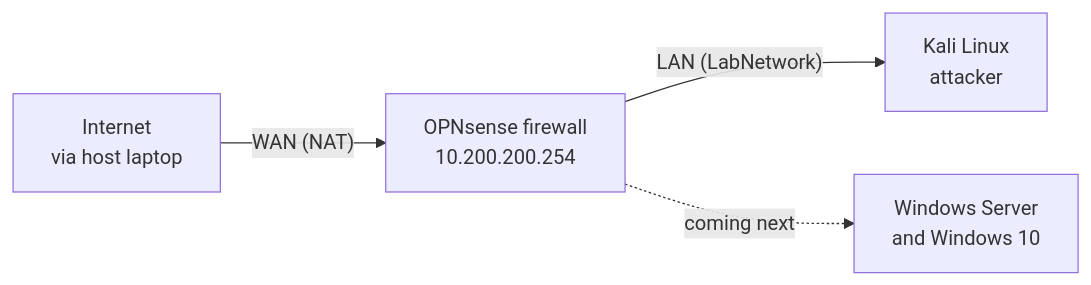
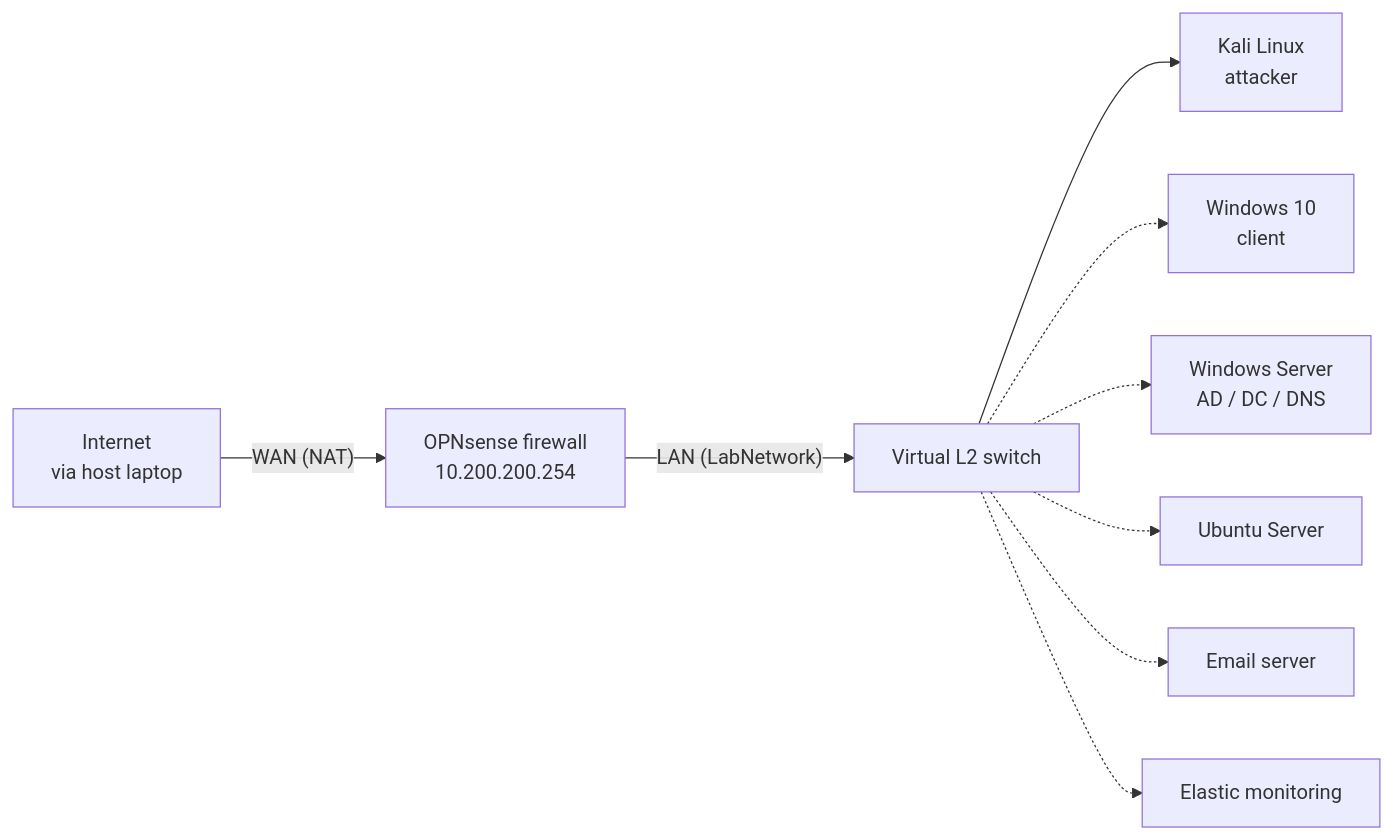
Before and after one commit to Mphathix/DevSecOps-homelab: the diagram in logs/homelab-journal.md, drawn with Mermaid.

Commit message:
Enhance network diagram with virtual switch and devices
Updated the network diagram to include a virtual L2 switch and additional devices.

````diff
--- a/logs/homelab-journal.md
+++ b/logs/homelab-journal.md
@@ -14,6 +14,11 @@
 ```mermaid
 graph LR
     I["Internet<br>via host laptop"] -->|"WAN (NAT)"| F["OPNsense firewall<br>10.200.200.254"]
-    F -->|"LAN (LabNetwork)"| K["Kali Linux<br>attacker"]
-    F -.->|"coming next"| W["Windows Server<br>and Windows 10"]
+    F -->|"LAN (LabNetwork)"| S["Virtual L2 switch"]
+    S --> K["Kali Linux<br>attacker"]
+    S -.-> W["Windows 10<br>client"]
+    S -.-> D["Windows Server<br>AD / DC / DNS"]
+    S -.-> U["Ubuntu Server"]
+    S -.-> M["Email server"]
+    S -.-> E["Elastic monitoring"]
 ```
````
